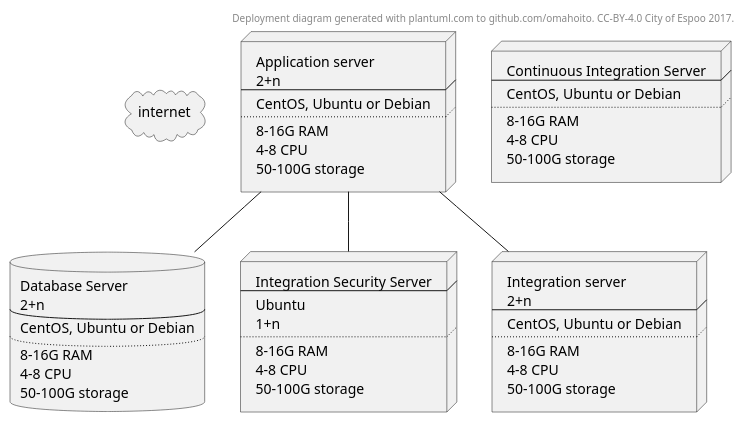
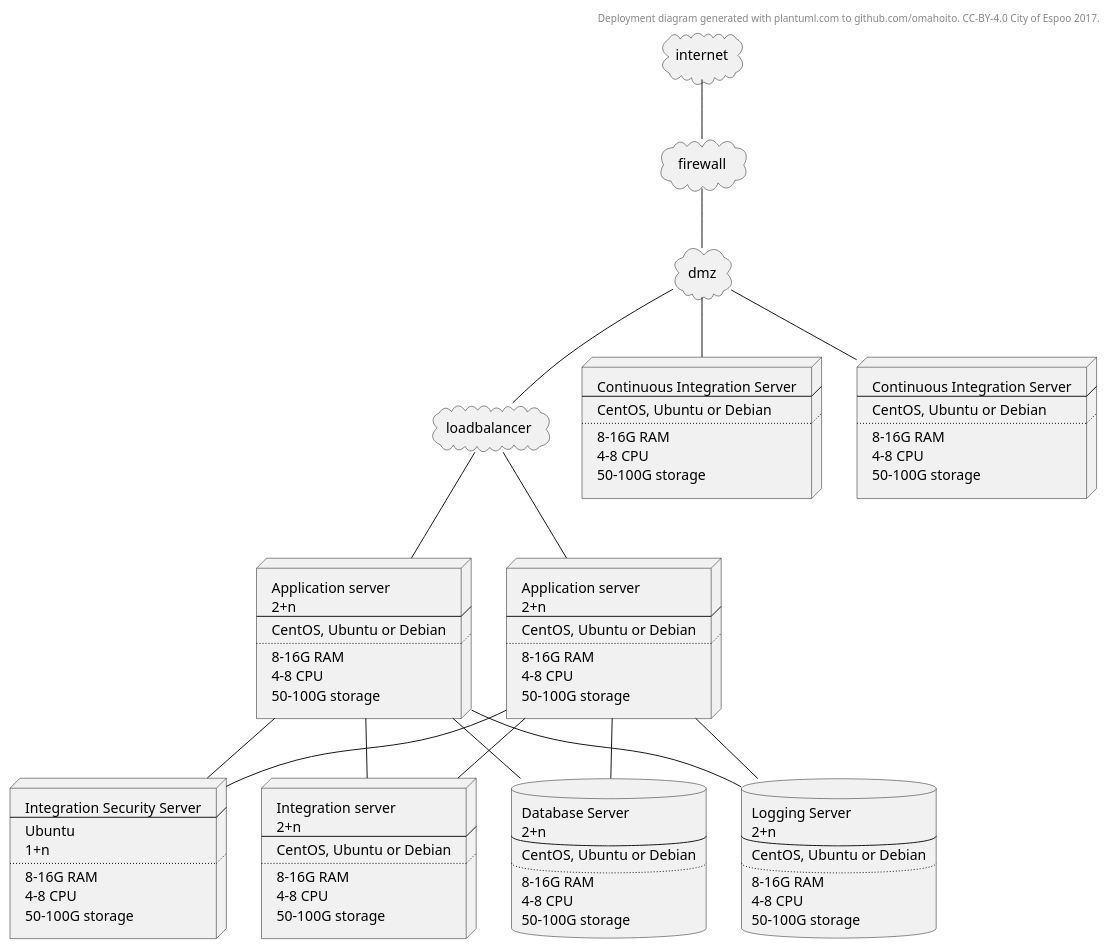
The diagram in deployment.MD (ruoat/definitions), drawn with PlantUML before and after one commit.

```diff
--- a/deployment.MD
+++ b/deployment.MD
@@ -4,7 +4,20 @@
 endheader
 
 cloud internet
-node nodeas [
+cloud firewall
+cloud dmz
+cloud loadbalancer
+node nodeas1 [
+Application server 
+2+n
+----
+CentOS, Ubuntu or Debian
+....
+8-16G RAM
+4-8 CPU
+50-100G storage
+]
+node nodeas2 [
 Application server 
 2+n
 ----
@@ -16,6 +29,16 @@
 ]
 database database1 [
 Database Server 
+2+n
+----
+CentOS, Ubuntu or Debian
+....
+8-16G RAM
+4-8 CPU
+50-100G storage
+]
+database logging1 [
+Logging Server 
 2+n
 ----
 CentOS, Ubuntu or Debian
@@ -44,6 +67,15 @@
 4-8 CPU
 50-100G storage
 ]
+node nodeproxy [
+Continuous Integration Server
+----
+CentOS, Ubuntu or Debian
+....
+8-16G RAM
+4-8 CPU
+50-100G storage
+]
 node nodeci [
 Continuous Integration Server
 ----
@@ -54,8 +86,20 @@
 50-100G storage
 ]
 
-nodeas -- database1
-nodeas -- nodeintegration1
-nodeas -- nodeintegration2
+internet -- firewall
+firewall -- dmz 
+dmz -- loadbalancer 
+dmz -- nodeci
+dmz -- nodeproxy
+loadbalancer -- nodeas1
+nodeas1 -- database1
+nodeas1 -- nodeintegration1
+nodeas1 -- nodeintegration2
+nodeas1 -- logging1
+loadbalancer -- nodeas2
+nodeas2 -- database1
+nodeas2 -- nodeintegration1
+nodeas2 -- nodeintegration2
+nodeas2 -- logging1 
 
 @enduml
```
